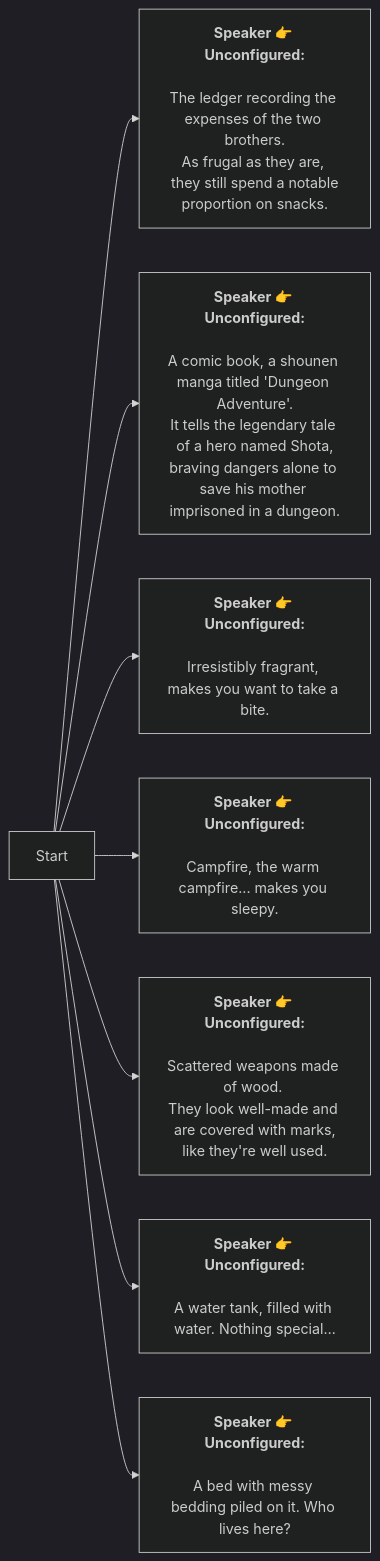
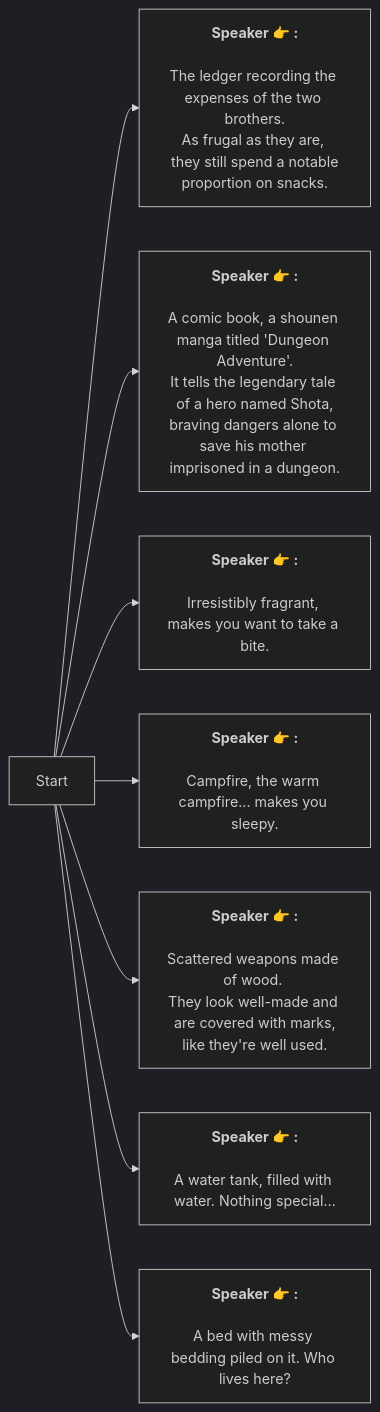
Before and after one commit to SoftHu/tos_avg: the diagram in En/SecretCageRead.md, drawn with Mermaid (dark theme). The commit also changed 737 other files, not shown here.

````diff
--- a/En/SecretCageRead.md
+++ b/En/SecretCageRead.md
@@ -1,31 +1,24 @@
 ```mermaid
 graph LR
-Start -->1736575149749368[<b>Speaker 👉 Unconfigured:</b>
-
-The ledger recording the expenses of the two brothers.
+Start -->1736575149749368[<b>Speaker 👉 :</b>
+\nThe ledger recording the expenses of the two brothers.
 As frugal as they are, they still spend a notable
 proportion on snacks.]
-Start -->1736575171977338[<b>Speaker 👉 Unconfigured:</b>
-
-A comic book, a shounen manga titled 'Dungeon Adventure'.
+Start -->1736575171977338[<b>Speaker 👉 :</b>
+\nA comic book, a shounen manga titled 'Dungeon Adventure'.
 It tells the legendary tale of a hero named Shota,
 braving dangers alone to save his mother imprisoned in a dungeon.]
-Start -->1736575203604604[<b>Speaker 👉 Unconfigured:</b>
-
-Irresistibly fragrant, makes you want to take a bite.]
-Start -->1736575274041470[<b>Speaker 👉 Unconfigured:</b>
-
-Campfire, the warm campfire... makes you sleepy.]
-Start -->1736575296315520[<b>Speaker 👉 Unconfigured:</b>
-
-Scattered weapons made of wood. 
+Start -->1736575203604604[<b>Speaker 👉 :</b>
+\nIrresistibly fragrant, makes you want to take a bite.]
+Start -->1736575274041470[<b>Speaker 👉 :</b>
+\nCampfire, the warm campfire... makes you sleepy.]
+Start -->1736575296315520[<b>Speaker 👉 :</b>
+\nScattered weapons made of wood. 
 They look well-made and are covered with marks,
 like they're well used.]
-Start -->1736575338122370[<b>Speaker 👉 Unconfigured:</b>
+Start -->1736575338122370[<b>Speaker 👉 :</b>
+\nA water tank, filled with water. Nothing special…]
+Start -->1736575358526596[<b>Speaker 👉 :</b>
+\nA bed with messy bedding piled on it. Who lives here?]
 
-A water tank, filled with water. Nothing special…]
-Start -->1736575358526596[<b>Speaker 👉 Unconfigured:</b>
-
-A bed with messy bedding piled on it. Who lives here?]
-
- ```
+```
````
